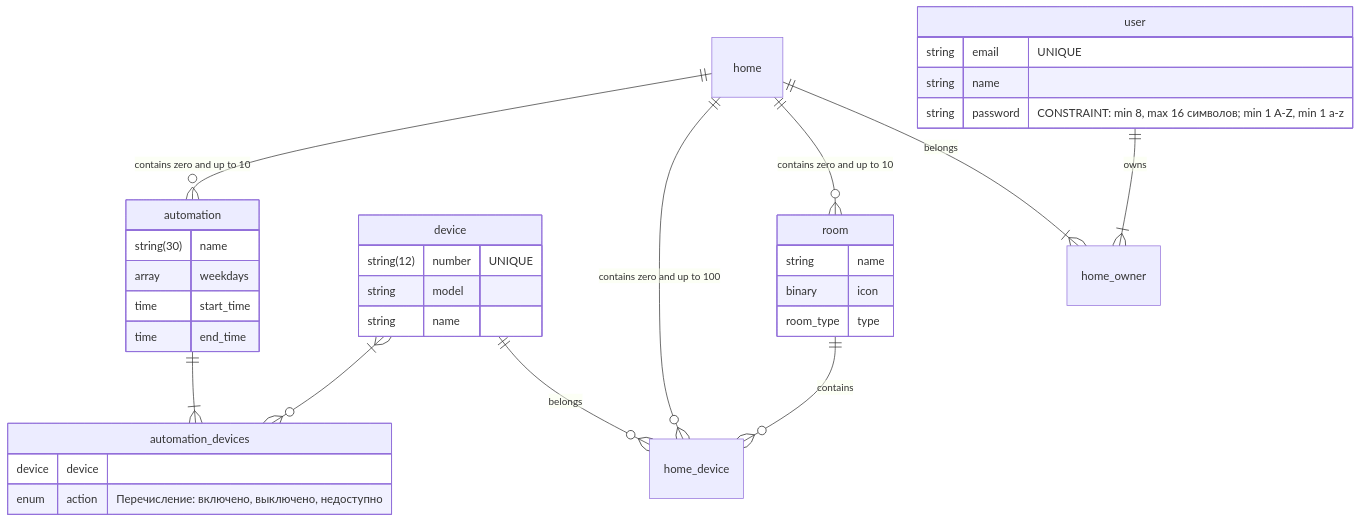
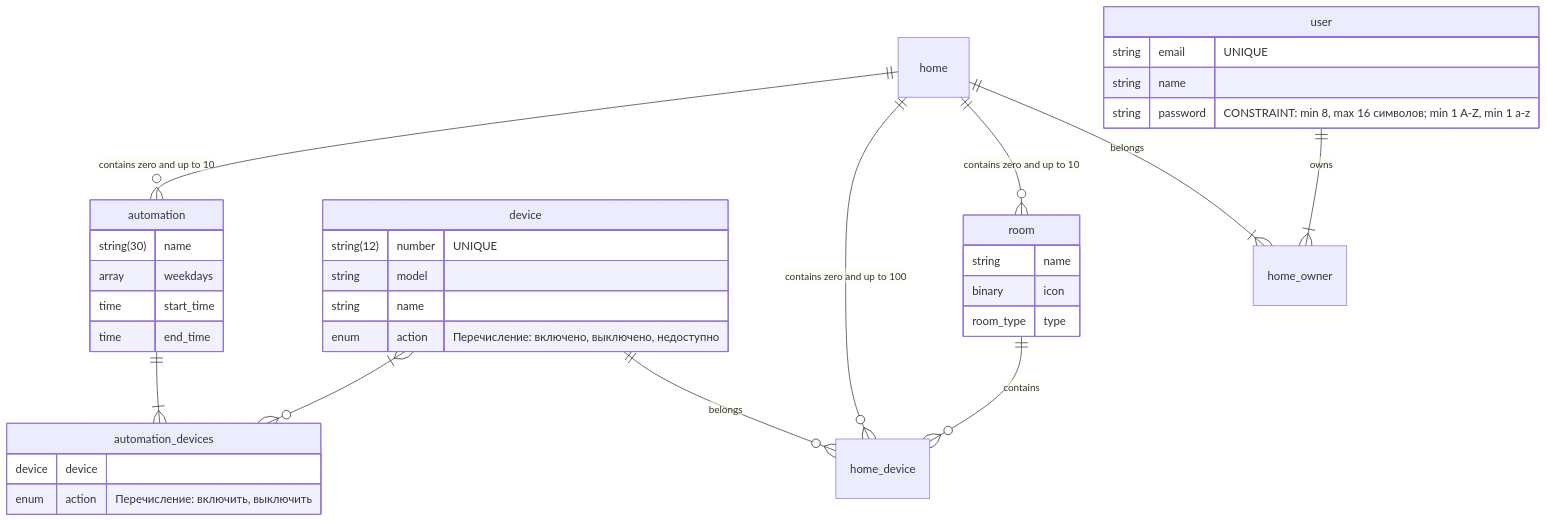
One commit to oleshko-g/sa_cases changed the diagram in HARD/yandex-practicum-diploma-project/# spec.md. Above: the diagram before and after it, drawn with Mermaid.

Commit message:
Доработать ERD

````diff
--- a/HARD/yandex-practicum-diploma-project/# spec.md
+++ b/HARD/yandex-practicum-diploma-project/# spec.md
@@ -31,46 +31,47 @@
 ```mermaid
 erDiagram
 user {
 string email "UNIQUE"
 string name
 string password "CONSTRAINT: min 8, max 16 символов; min 1 A-Z, min 1 a-z"
 }
 room { 
 string name
 binary icon
 room_type type
 }
 device {
 string(12) number "UNIQUE"
 string model
 string name
+enum action "Перечисление: включено, выключено, недоступно"
 }
 home
 automation {
 string(30) name
 array weekdays
 time start_time
 time end_time
 }
 automation_devices {
 device device
-enum action "Перечисление: включено, выключено, недоступно"
+enum action "Перечисление: включить, выключить"
 }
 home_owner
 home_device
 
 user ||--|{ home_owner : owns
 home ||--|{ home_owner : belongs
 
 home ||--o{ room : "contains zero and up to 10"
 room ||--o{ home_device : "contains"
 
 device ||--o{ home_device : belongs
 home ||--o{ home_device : "contains zero and up to 100"
 
 home ||--o{ automation : "contains zero and up to 10"
 
 automation ||--|{ automation_devices : ""
 device }|--o{ automation_devices : ""
 
 ```
````
